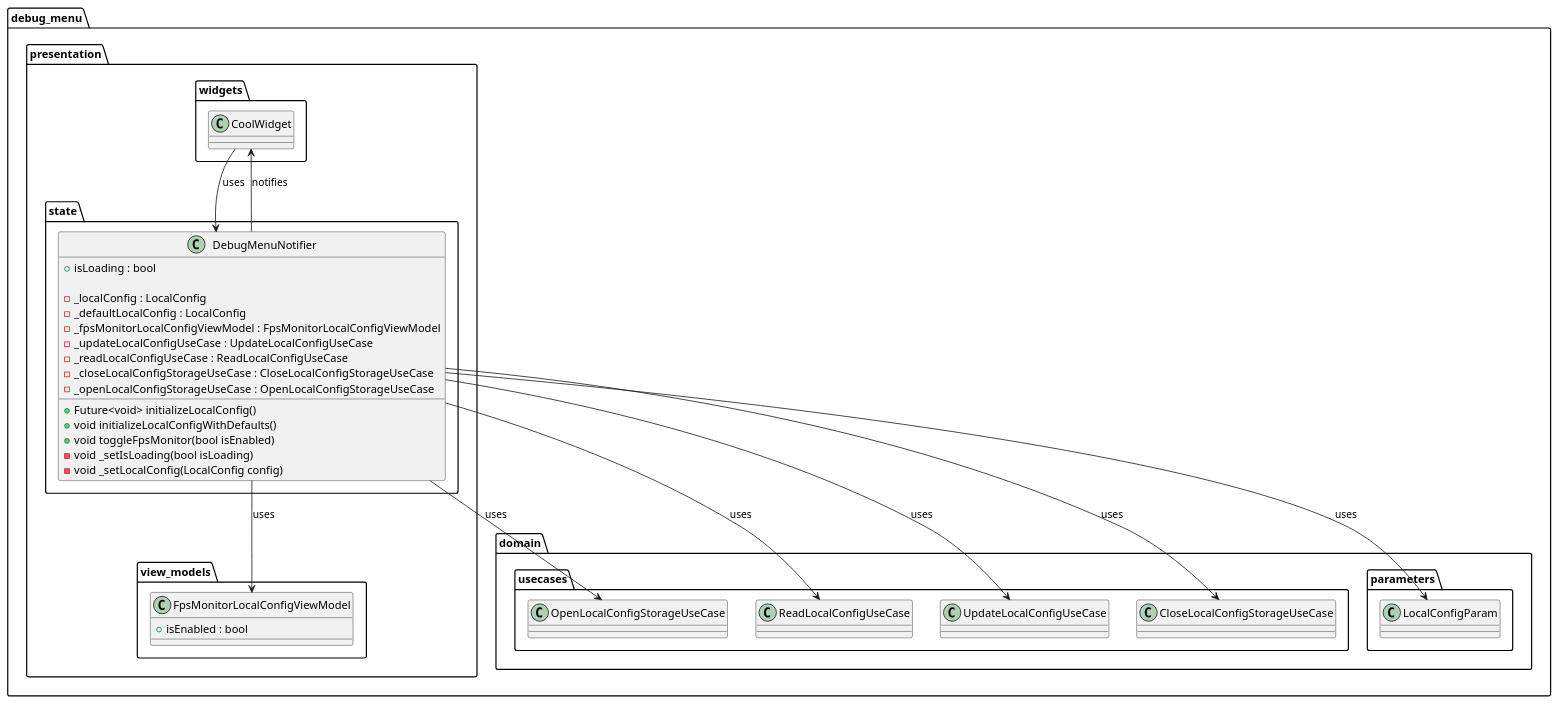
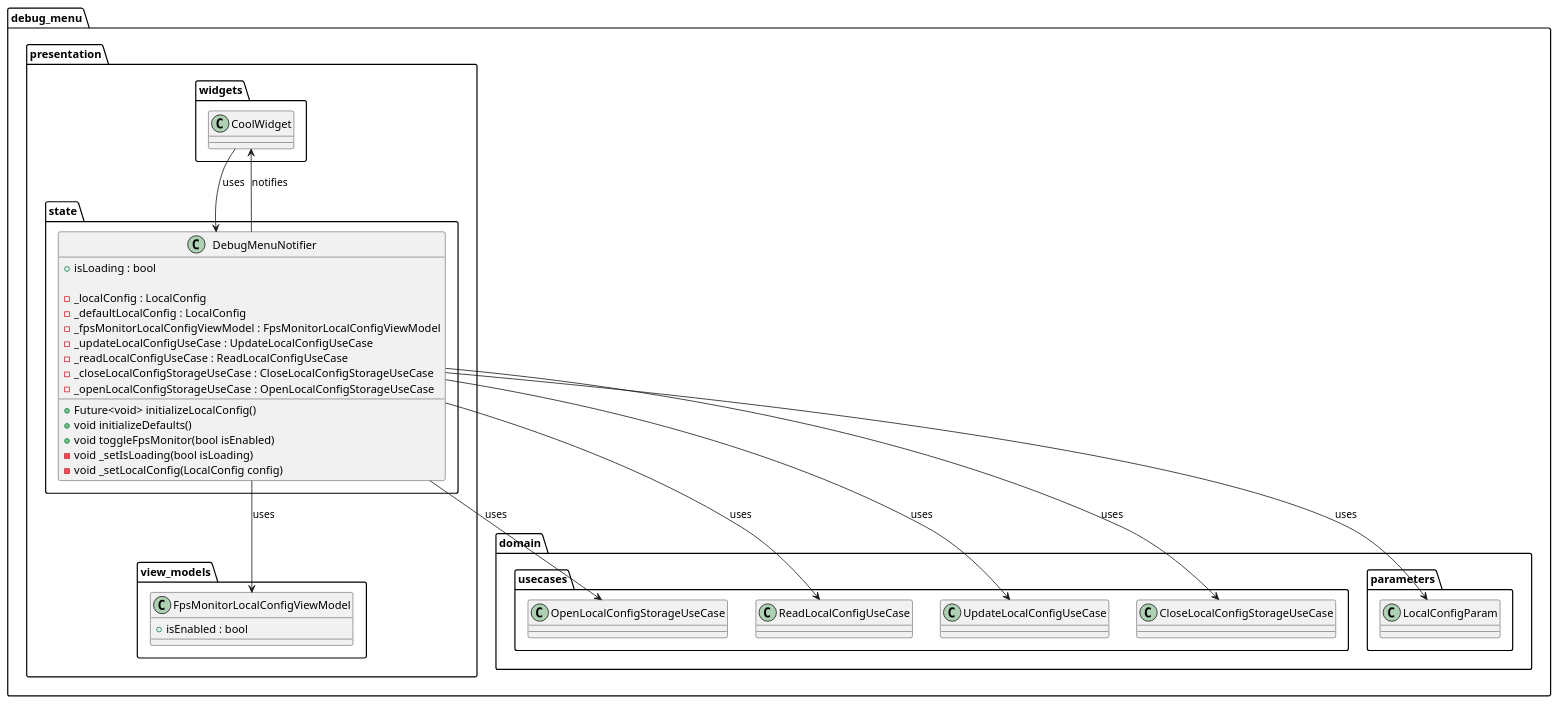
Before and after one commit to Flank/flank-dashboard: the diagram in metrics/web/docs/features/debug_menu/diagrams/debug_menu_presentation_layer_class_diagram.puml, drawn with PlantUML. The commit also changed 2 other files, not shown here.

Commit message:
Little diagrams fixes, small document updates

```diff
--- a/metrics/web/docs/features/debug_menu/diagrams/debug_menu_presentation_layer_class_diagram.puml
+++ b/metrics/web/docs/features/debug_menu/diagrams/debug_menu_presentation_layer_class_diagram.puml
@@ -1,63 +1,63 @@
 @startuml debug_menu_presentation_layer_class_diagram
 
 package debug_menu {
         package domain {
             package usecases {
                 class OpenLocalConfigStorageUseCase {}
 
                 class ReadLocalConfigUseCase {}
 
                 class UpdateLocalConfigUseCase {}
 
                 class CloseLocalConfigStorageUseCase {}
             }
 
             package parameters {
                 class LocalConfigParam {}
             }
         }
 
         package presentation {
             package state {
                 class DebugMenuNotifier {
                     + isLoading : bool
 
                     - _localConfig : LocalConfig
                     - _defaultLocalConfig : LocalConfig
                     - _fpsMonitorLocalConfigViewModel : FpsMonitorLocalConfigViewModel
                     - _updateLocalConfigUseCase : UpdateLocalConfigUseCase
                     - _readLocalConfigUseCase : ReadLocalConfigUseCase
                     - _closeLocalConfigStorageUseCase : CloseLocalConfigStorageUseCase
                     - _openLocalConfigStorageUseCase : OpenLocalConfigStorageUseCase
 
                     + Future<void> initializeLocalConfig()
-                    + void initializeLocalConfigWithDefaults()
+                    + void initializeDefaults()
                     + void toggleFpsMonitor(bool isEnabled)
                     - void _setIsLoading(bool isLoading)
                     - void _setLocalConfig(LocalConfig config)
                 }
             }
 
             package view_models {
                 class FpsMonitorLocalConfigViewModel {
                     + isEnabled : bool
                 }
             }
 
             package widgets {
                 class CoolWidget {}
             }
         }
 }
 
 DebugMenuNotifier --> FpsMonitorLocalConfigViewModel : uses
 DebugMenuNotifier --> OpenLocalConfigStorageUseCase : uses
 DebugMenuNotifier --> ReadLocalConfigUseCase : uses
 DebugMenuNotifier --> UpdateLocalConfigUseCase : uses
 DebugMenuNotifier --> CloseLocalConfigStorageUseCase : uses
 DebugMenuNotifier --> LocalConfigParam : uses
 
 CoolWidget -down-> DebugMenuNotifier : uses
 DebugMenuNotifier -up-> CoolWidget : notifies
 
 @enduml
```
